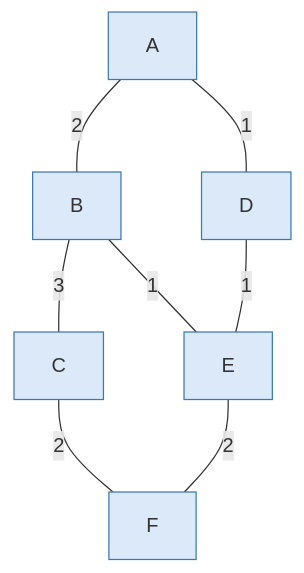
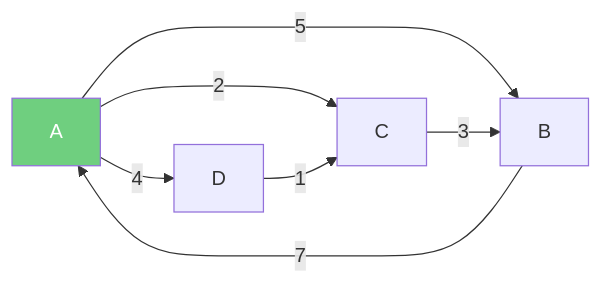
Before and after one commit to frijolitobandido/Guia_Matematica_Discreta: the first of 8 diagrams in 02-algoritmos-grafos.md, drawn with Mermaid. The commit also changed other lines of this file, not shown here.

````diff
--- a/02-algoritmos-grafos.md
+++ b/02-algoritmos-grafos.md
@@ -36,17 +75,11 @@
 ```mermaid
-graph TD
-    A ---|2| B
-    A ---|1| D
-    B ---|3| C
-    B ---|1| E
-    D ---|1| E
-    C ---|2| F
-    E ---|2| F
+graph LR
+    A -->|5| B
+    A -->|2| C
+    A -->|4| D
+    B -->|7| A
+    C -->|3| B
+    D -->|1| C
 
-    style A fill:#dbe9f8,stroke:#3f78b5
-    style B fill:#dbe9f8,stroke:#3f78b5
-    style C fill:#dbe9f8,stroke:#3f78b5
-    style D fill:#dbe9f8,stroke:#3f78b5
-    style E fill:#dbe9f8,stroke:#3f78b5
-    style F fill:#dbe9f8,stroke:#3f78b5
+    style A fill:#6fcf7f,color:#fff
 ```
````
